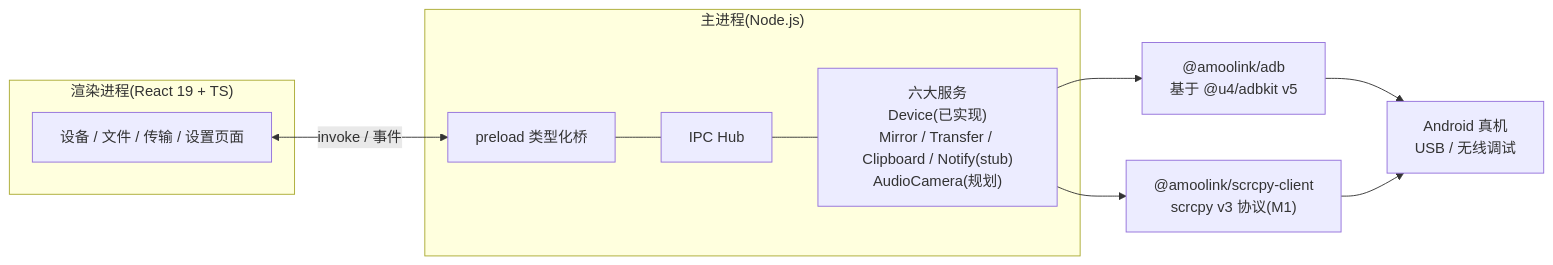
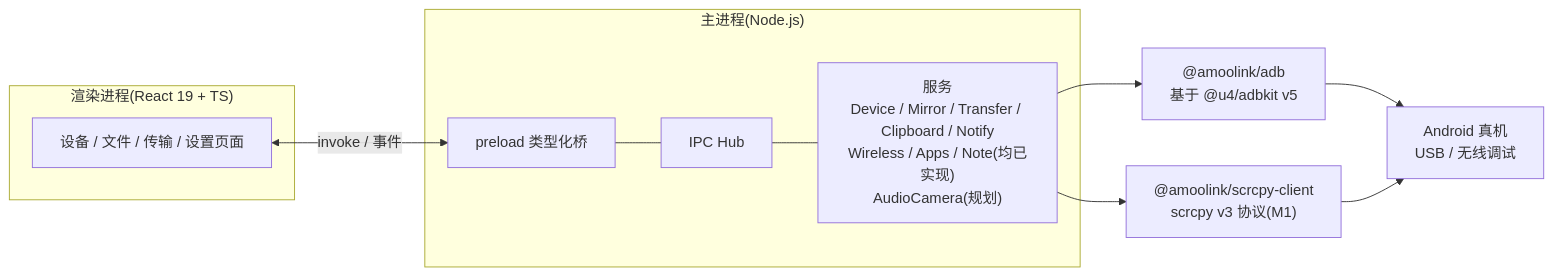
Before and after one commit to TrancyH/aLink: the diagram in README.md, drawn with Mermaid. The commit also changed other lines of this file and 77 other files, not shown here.

````diff
--- a/README.md
+++ b/README.md
@@ -20,15 +22,15 @@
 ```mermaid
 flowchart LR
     subgraph R["渲染进程(React 19 + TS)"]
         UI["设备 / 文件 / 传输 / 设置页面"]
     end
     subgraph M["主进程(Node.js)"]
         PB["preload 类型化桥"] --- HUB["IPC Hub"]
-        HUB --- SVC["六大服务<br/>Device(已实现)<br/>Mirror / Transfer / Clipboard / Notify(stub)<br/>AudioCamera(规划)"]
+        HUB --- SVC["服务<br/>Device / Mirror / Transfer / Clipboard / Notify<br/>Wireless / Apps / Note(均已实现)<br/>AudioCamera(规划)"]
     end
     UI <-->|"invoke / 事件"| PB
     SVC --> P1["@amoolink/adb<br/>基于 @u4/adbkit v5"]
     SVC --> P2["@amoolink/scrcpy-client<br/>scrcpy v3 协议(M1)"]
     P1 --> DEV["Android 真机<br/>USB / 无线调试"]
     P2 --> DEV
 ```
````
